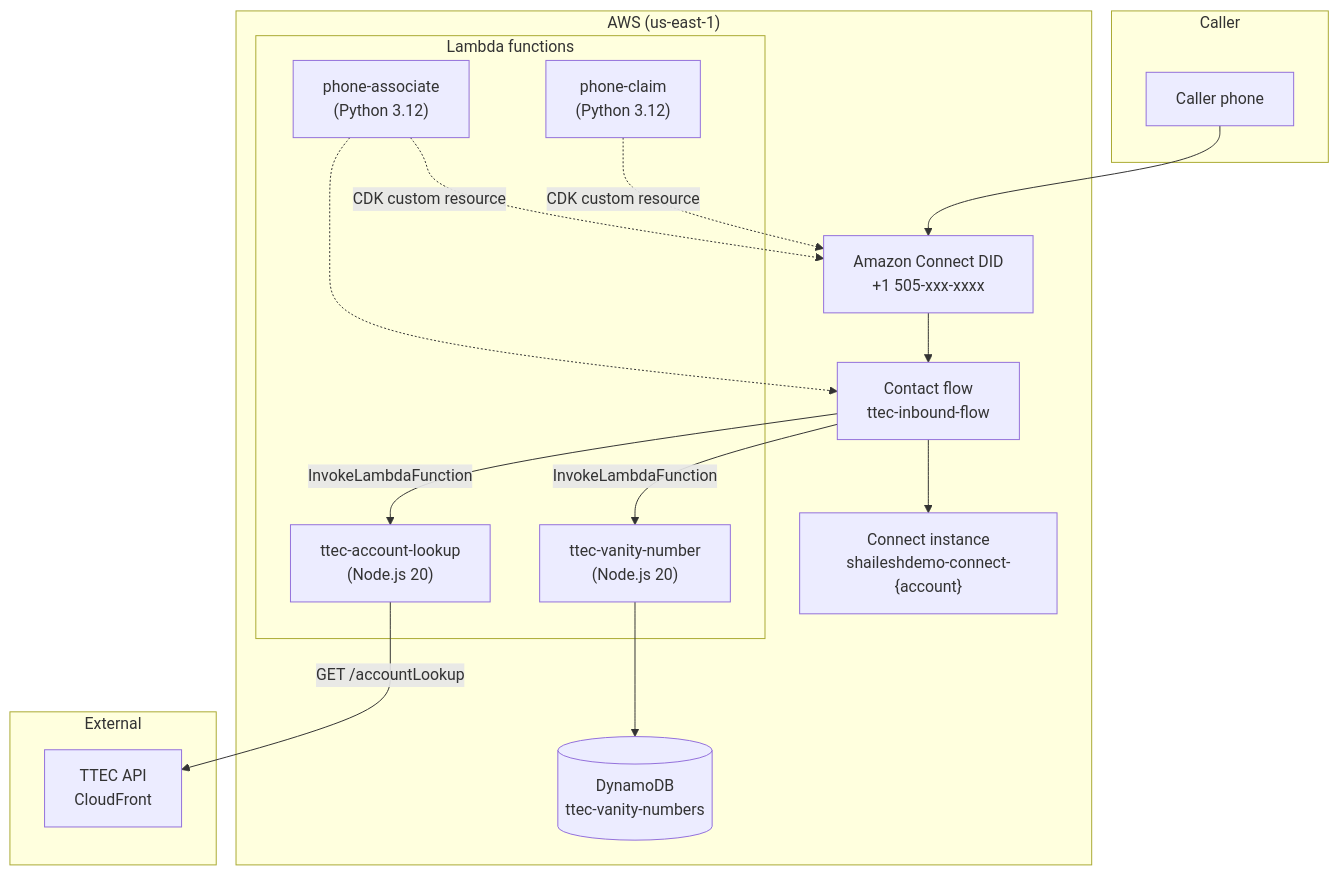
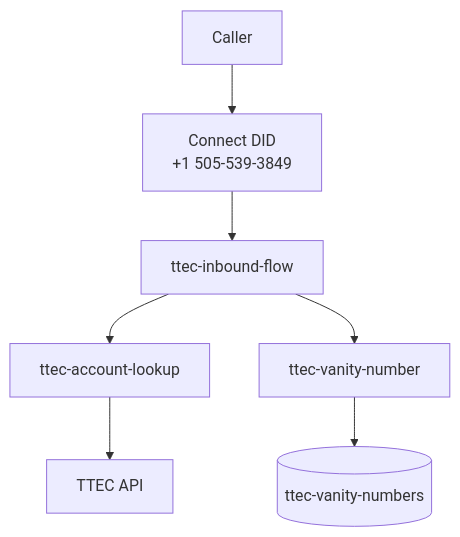
The diagram in README.md (rajsingh8220/aws-connect-project), drawn with Mermaid before and after one commit. The commit also changed other lines of this file and 20 other files, not shown here.

````diff
--- a/README.md
+++ b/README.md
@@ -9,37 +7,9 @@
 ```mermaid
 flowchart TB
-  subgraph Caller
-    Phone[Caller phone]
-  end
-
-  subgraph AWS["AWS (us-east-1)"]
-    DID["Amazon Connect DID\n+1 505-xxx-xxxx"]
-    CF["Contact flow\nttec-inbound-flow"]
-    CI["Connect instance\nshaileshdemo-connect-{account}"]
-
-    subgraph Lambdas["Lambda functions"]
-      AL["ttec-account-lookup\n(Node.js 20)"]
-      VN["ttec-vanity-number\n(Node.js 20)"]
-      PC["phone-claim\n(Python 3.12)"]
-      PA["phone-associate\n(Python 3.12)"]
-    end
-
-    DDB[("DynamoDB\nttec-vanity-numbers")]
-  end
-
-  subgraph External
-    API["TTEC API\nCloudFront"]
-  end
-
-  Phone --> DID
-  DID --> CF
-  CF --> CI
-  CF -->|"InvokeLambdaFunction"| AL
-  CF -->|"InvokeLambdaFunction"| VN
-  AL -->|"GET /accountLookup"| API
-  VN --> DDB
-
-  PC -.->|"CDK custom resource"| DID
-  PA -.->|"CDK custom resource"| DID
-  PA -.-> CF
+  Phone[Caller] --> DID["Connect DID\n+1 505-539-3849"]
+  DID --> CF["ttec-inbound-flow"]
+  CF --> AL["ttec-account-lookup"]
+  CF --> VN["ttec-vanity-number"]
+  AL --> API["TTEC API"]
+  VN --> DDB[("ttec-vanity-numbers")]
 ```
````
